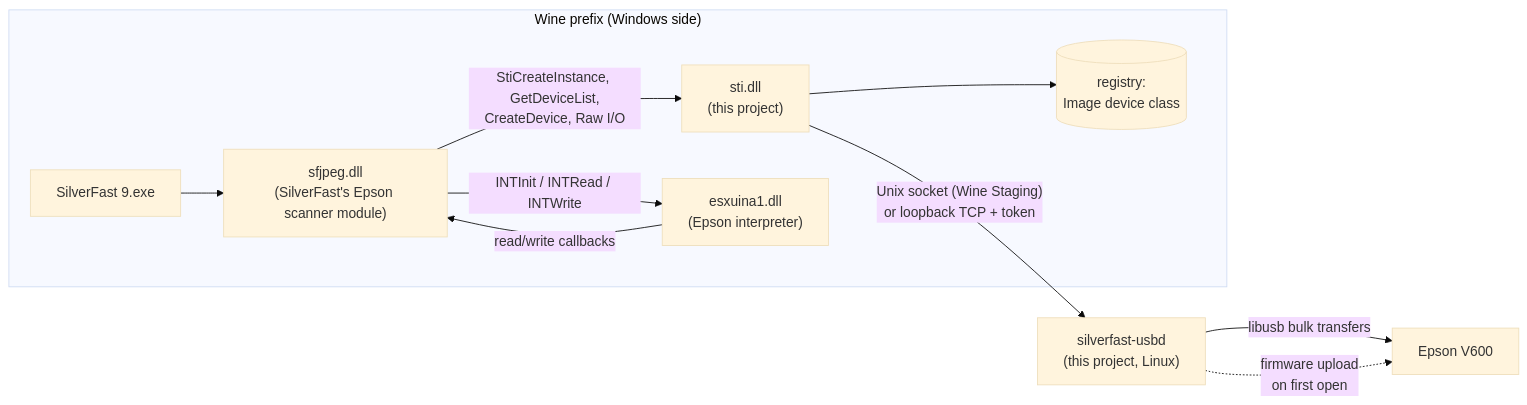
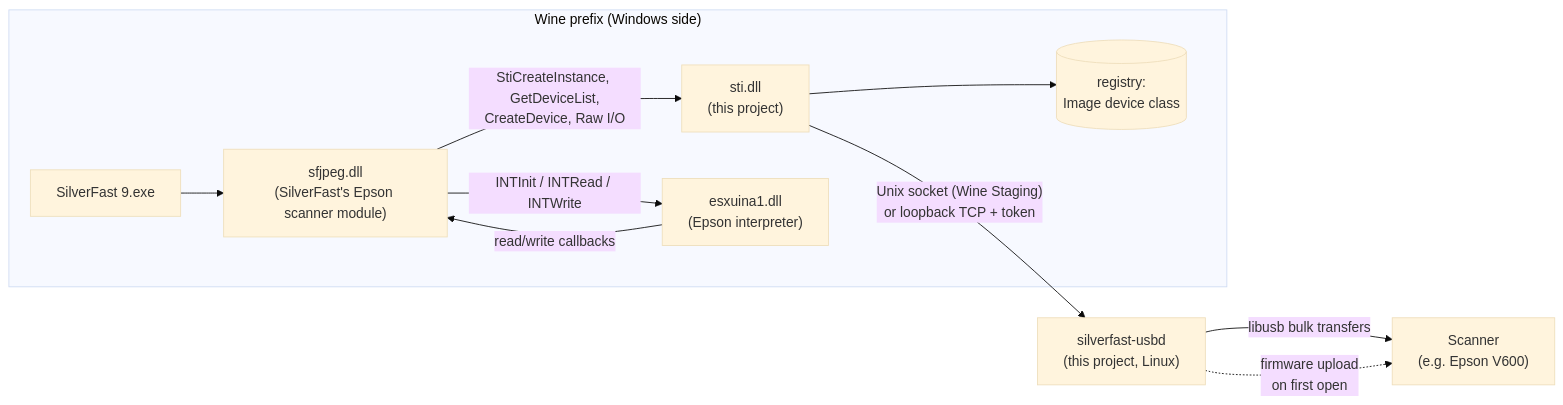
The diagram in docs/how-it-works.md (sepgh/silverfast-linux), drawn with Mermaid (base theme) before and after one commit. The commit also changed other lines of this file and 2 other files, not shown here.

````diff
--- a/docs/how-it-works.md
+++ b/docs/how-it-works.md
@@ -33,13 +38,13 @@
 ```mermaid
 flowchart LR
     subgraph wine["Wine prefix (Windows side)"]
         SF["SilverFast 9.exe"] --> SFJ["sfjpeg.dll<br/>(SilverFast's Epson scanner module)"]
         SFJ -->|"StiCreateInstance, GetDeviceList,<br/>CreateDevice, Raw I/O"| STI["sti.dll<br/>(this project)"]
         SFJ -->|"INTInit / INTRead / INTWrite"| INT["esxuina1.dll<br/>(Epson interpreter)"]
         INT -->|"read/write callbacks"| SFJ
         STI --> REG[("registry:<br/>Image device class")]
     end
     STI -->|"Unix socket (Wine Staging)<br/>or loopback TCP + token"| USBD["silverfast-usbd<br/>(this project, Linux)"]
-    USBD -->|"libusb bulk transfers"| SCN["Epson V600"]
+    USBD -->|"libusb bulk transfers"| SCN["Scanner<br/>(e.g. Epson V600)"]
     USBD -. "firmware upload<br/>on first open" .-> SCN
 ```
````
